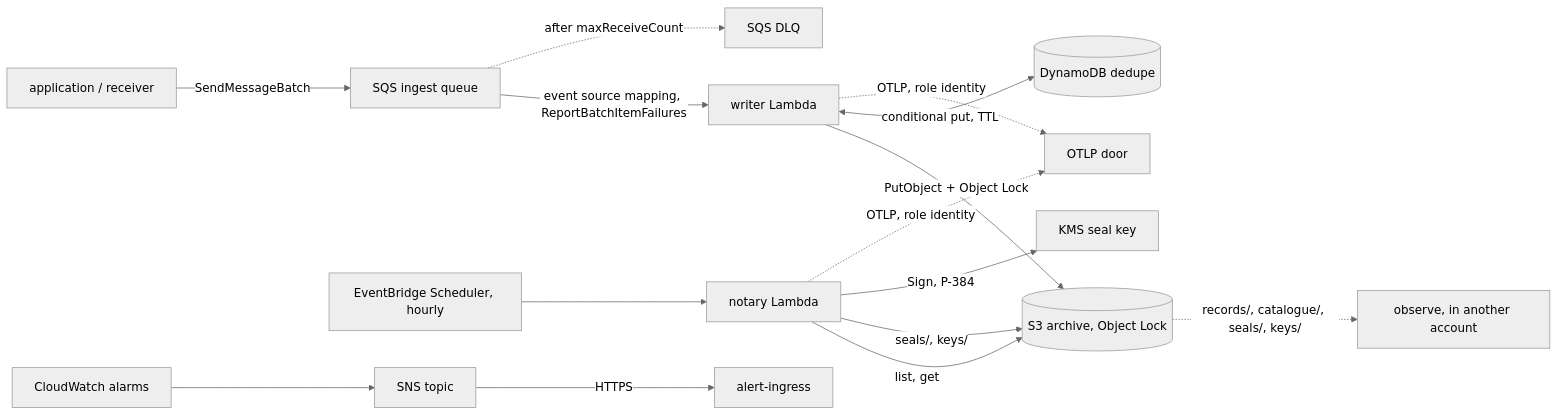
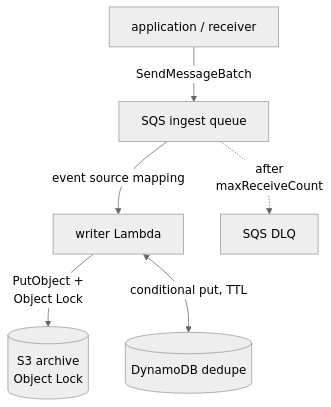
The first of 3 diagrams in docs/audit/explanation/aws-lambda.md (truvity/sluis), drawn with Mermaid (neutral theme) before and after one commit. The commit also changed other lines of this file and 39 other files, not shown here.

First line of the commit message:
docs: links, one checker, diagrams at natural size, and the loose ends of the other passes

````diff
--- a/docs/audit/explanation/aws-lambda.md
+++ b/docs/audit/explanation/aws-lambda.md
@@ -18,16 +20,8 @@
 ```mermaid
-flowchart LR
-    app["application / receiver"] -->|SendMessageBatch| q["SQS ingest queue"]
-    q -->|"event source mapping, ReportBatchItemFailures"| w["writer Lambda"]
-    q -. "after maxReceiveCount" .-> dlq["SQS DLQ"]
-    w -->|"PutObject + Object Lock"| b[("S3 archive, Object Lock")]
-    w <-->|"conditional put, TTL"| d[("DynamoDB dedupe")]
-    sch["EventBridge Scheduler, hourly"] --> n["notary Lambda"]
-    n -->|"list, get"| b
-    n -->|"seals/, keys/"| b
-    n -->|"Sign, P-384"| k["KMS seal key"]
-    b -. "records/, catalogue/, seals/, keys/" .-> o["observe, in another account"]
-    w -.->|"OTLP, role identity"| otlp["OTLP door"]
-    n -.->|"OTLP, role identity"| otlp
-    cw["CloudWatch alarms"] --> sns["SNS topic"] -->|HTTPS| ai["alert-ingress"]
+flowchart TB
+  app["application / receiver"] -->|"SendMessageBatch"| q["SQS ingest queue"]
+  q -->|"event source mapping"| w["writer Lambda"]
+  q -. "after<br/>maxReceiveCount" .-> dlq["SQS DLQ"]
+  w -->|"PutObject +<br/>Object Lock"| b[("S3 archive<br/>Object Lock")]
+  w <-->|"conditional put, TTL"| d[("DynamoDB dedupe")]
 ```
````
